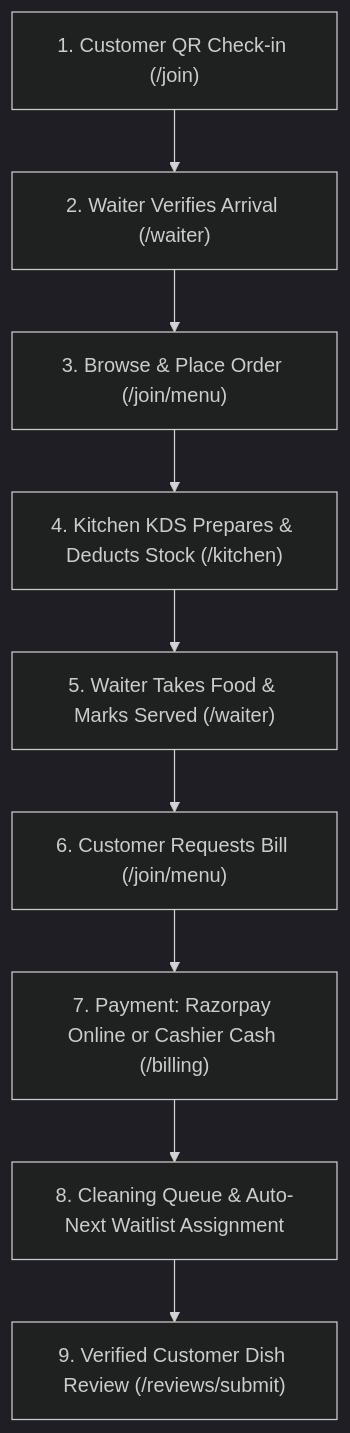
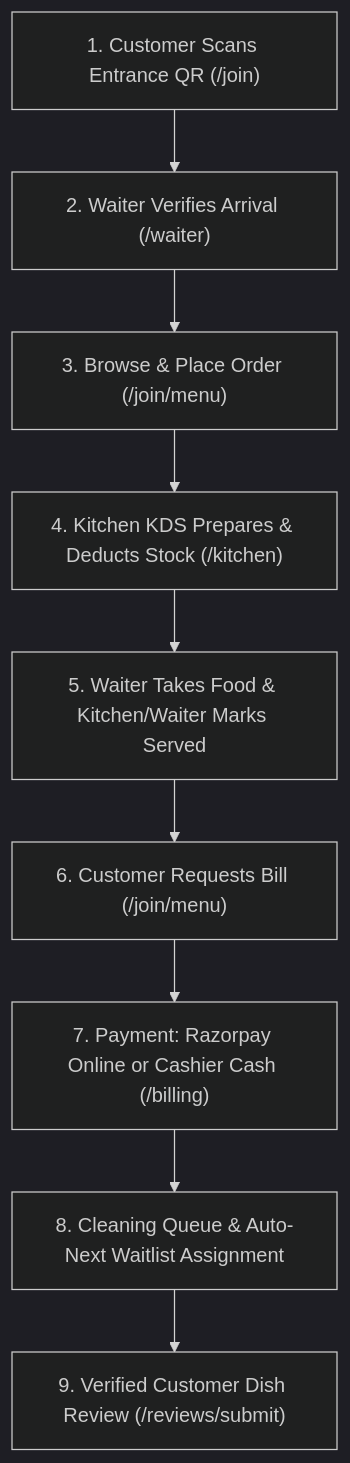
Before and after one commit to apexvoidd/resman: the diagram in README.md, drawn with Mermaid (dark theme). The commit also changed other lines of this file, not shown here.

Commit message:
docs: refine step 1 entrance QR scanning and step 5 kitchen/waiter food hand-off in README

````diff
--- a/README.md
+++ b/README.md
@@ -52,11 +52,11 @@
 ```mermaid
 flowchart TD
-    S1["1. Customer QR Check-in (/join)"] --> S2["2. Waiter Verifies Arrival (/waiter)"]
+    S1["1. Customer Scans Entrance QR (/join)"] --> S2["2. Waiter Verifies Arrival (/waiter)"]
     S2 --> S3["3. Browse & Place Order (/join/menu)"]
     S3 --> S4["4. Kitchen KDS Prepares & Deducts Stock (/kitchen)"]
-    S4 --> S5["5. Waiter Takes Food & Marks Served (/waiter)"]
+    S4 --> S5["5. Waiter Takes Food & Kitchen/Waiter Marks Served"]
     S5 --> S6["6. Customer Requests Bill (/join/menu)"]
     S6 --> S7["7. Payment: Razorpay Online or Cashier Cash (/billing)"]
     S7 --> S8["8. Cleaning Queue & Auto-Next Waitlist Assignment"]
     S8 --> S9["9. Verified Customer Dish Review (/reviews/submit)"]
 ```
````
